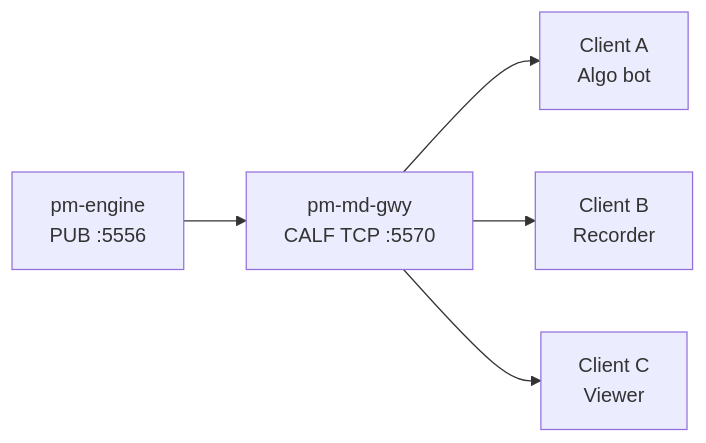
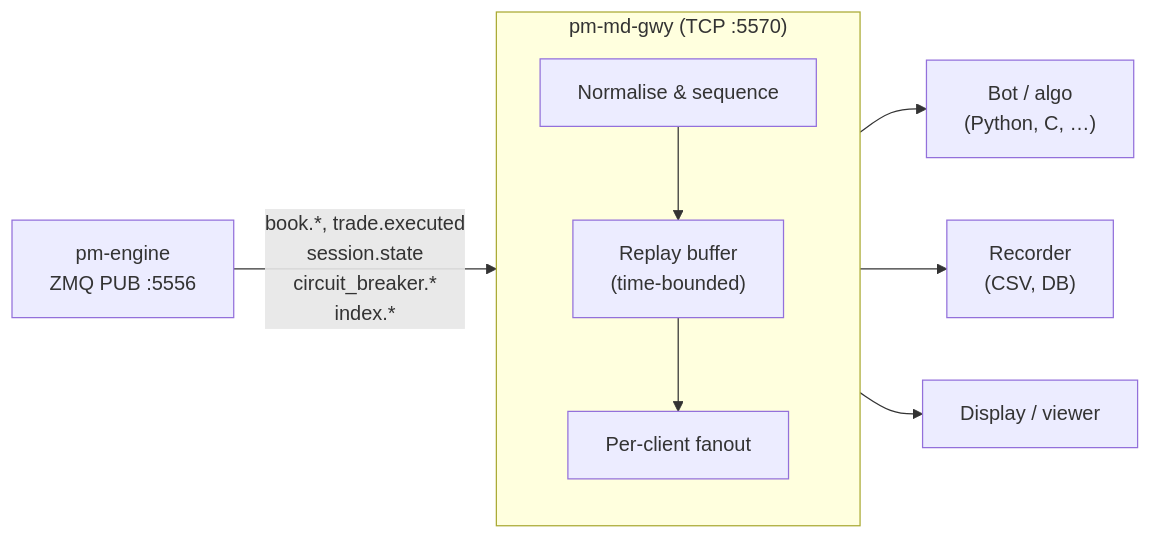
One commit to johan162/EduMatcher changed the first of 2 diagrams in docs/user-guide/20-market-data-feed.md. Above: the diagram before and after it, drawn with Mermaid. The commit also changed other lines of this file and 1 other file, not shown here.

````diff
--- a/docs/user-guide/20-market-data-feed.md
+++ b/docs/user-guide/20-market-data-feed.md
@@ -20,7 +26,16 @@
 ```mermaid
 flowchart LR
-    E[pm-engine\nPUB :5556] --> G[pm-md-gwy\nCALF TCP :5570]
-    G --> C1[Client A\nAlgo bot]
-    G --> C2[Client B\nRecorder]
-    G --> C3[Client C\nViewer]
+    E[pm-engine\nZMQ PUB :5556] -->|"book.*, trade.executed\nsession.state\ncircuit_breaker.*\nindex.*"| G
+
+    subgraph G["pm-md-gwy  (TCP :5570)"]
+        direction TB
+        N["Normalise & sequence"]
+        R["Replay buffer\n(time-bounded)"]
+        F["Per-client fanout"]
+        N --> R --> F
+    end
+
+    G --> C1["Bot / algo\n(Python, C, …)"]
+    G --> C2["Recorder\n(CSV, DB)"]
+    G --> C3["Display / viewer"]
 ```
````
